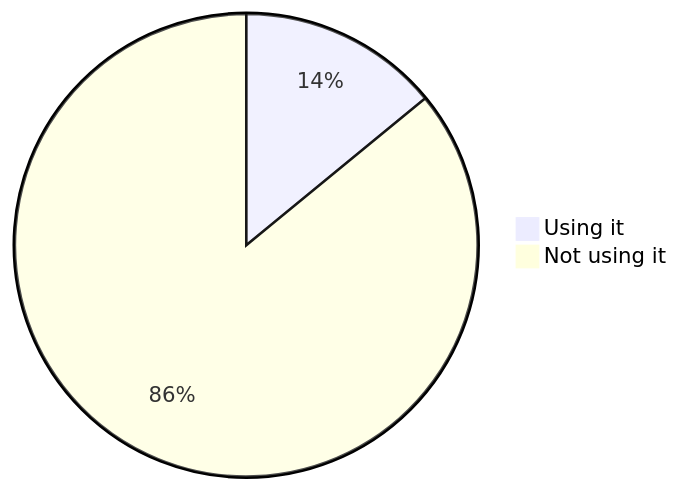
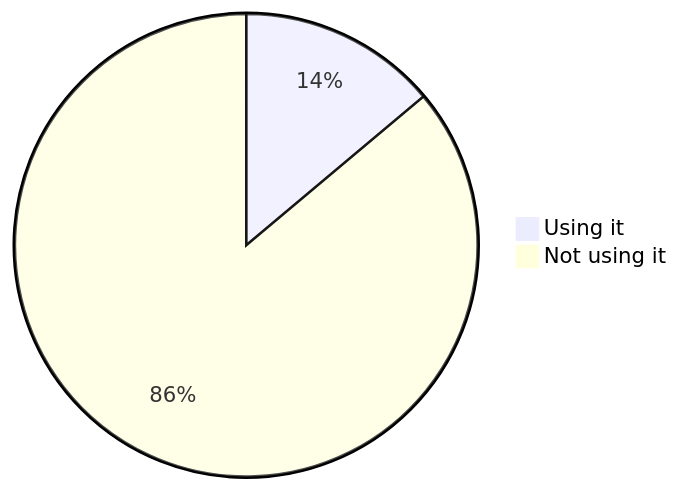
Before and after one commit to oshp/oshp-stats: the fourth of 22 diagrams in stats.md, drawn with Mermaid. The commit also changed other lines of this file, not shown here.

````diff
--- a/stats.md
+++ b/stats.md
@@ -46,6 +46,6 @@
 ```mermaid
 pie
-	"Using it" : 14.06
-	"Not using it" : 85.94
+	"Using it" : 13.89
+	"Not using it" : 86.11
 
 ```
````
